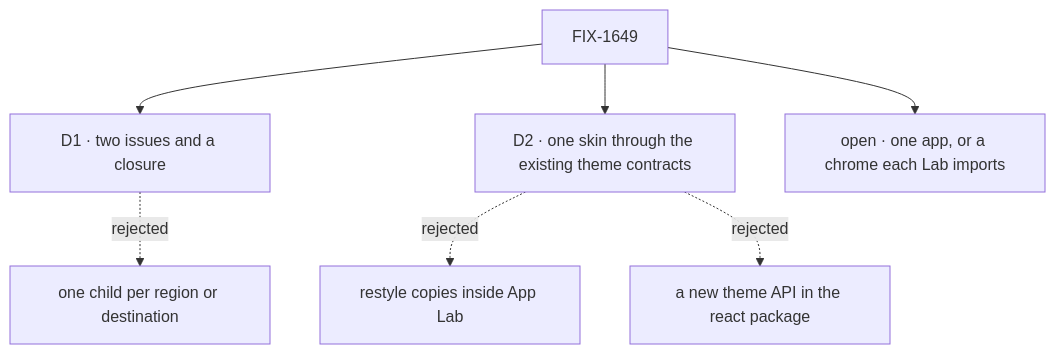
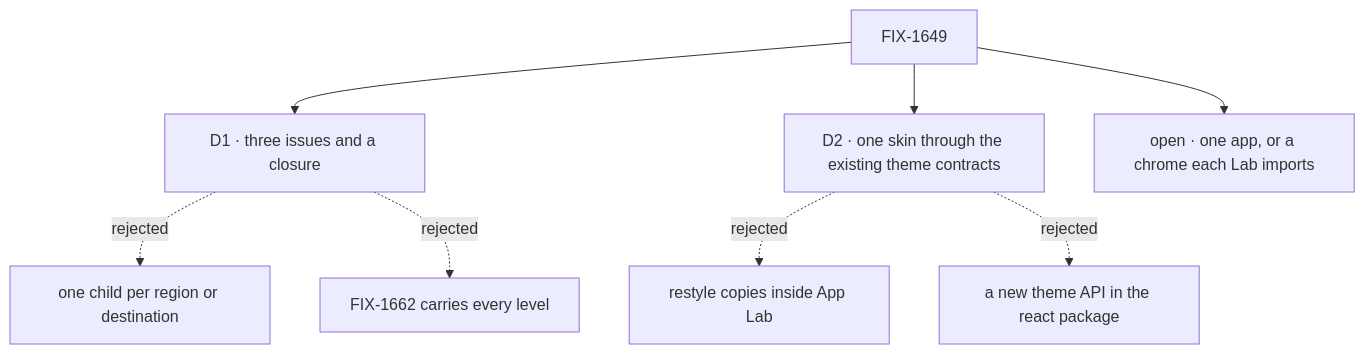
One commit to fixpoint-labs/flow-state-dev changed the diagram in specs/epics/FIX-1649/DECISIONS.md. Above: the diagram before and after it, drawn with Mermaid. The commit also changed other lines of this file and 14 other files, not shown here.

````diff
--- a/specs/epics/FIX-1649/DECISIONS.md
+++ b/specs/epics/FIX-1649/DECISIONS.md
@@ -11,9 +11,10 @@
 ```mermaid
 flowchart TD
-  E["FIX-1649"] --> D1["D1 · two issues and a closure"]
+  E["FIX-1649"] --> D1["D1 · three issues and a closure"]
   D1 -.->|"rejected"| X1["one child per region or destination"]
+  D1 -.->|"rejected"| X1b["FIX-1662 carries every level"]
   E --> D2["D2 · one skin through the existing theme contracts"]
   D2 -.->|"rejected"| X2["restyle copies inside App Lab"]
   D2 -.->|"rejected"| X2b["a new theme API in the react package"]
   E --> O["open · one app, or a chrome each Lab imports"]
 ```
````
